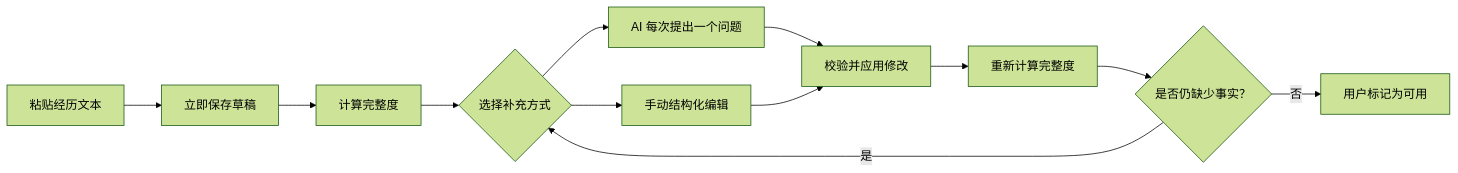
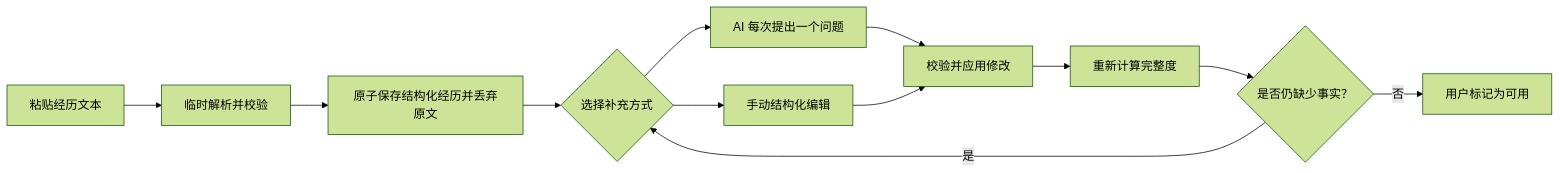
One commit to Strel1tz1a02/ResumeAgent changed the first of 2 diagrams in docs/superpowers/specs/2026-07-29-personal-experience-library-design.zh-CN.md. Above: the diagram before and after it, drawn with Mermaid (forest theme). The commit also changed other lines of this file and 93 other files, not shown here.

````diff
--- a/docs/superpowers/specs/2026-07-29-personal-experience-library-design.zh-CN.md
+++ b/docs/superpowers/specs/2026-07-29-personal-experience-library-design.zh-CN.md
@@ -76,14 +76,14 @@
 ```mermaid
 flowchart LR
-    A["粘贴经历文本"] --> B["立即保存草稿"]
-    B --> C["计算完整度"]
+    A["粘贴经历文本"] --> B["临时解析并校验"]
+    B --> C["原子保存结构化经历并丢弃原文"]
     C --> D{"选择补充方式"}
     D --> E["AI 每次提出一个问题"]
     D --> F["手动结构化编辑"]
     E --> G["校验并应用修改"]
     F --> G
     G --> H["重新计算完整度"]
     H --> I{"是否仍缺少事实？"}
     I -->|是| D
     I -->|否| J["用户标记为可用"]
 ```
````
